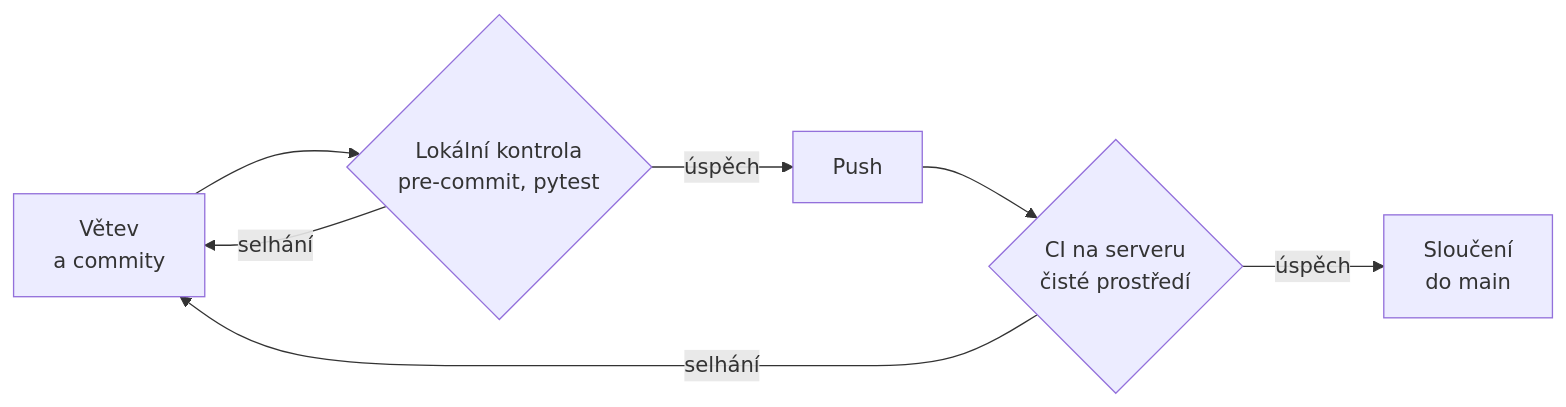
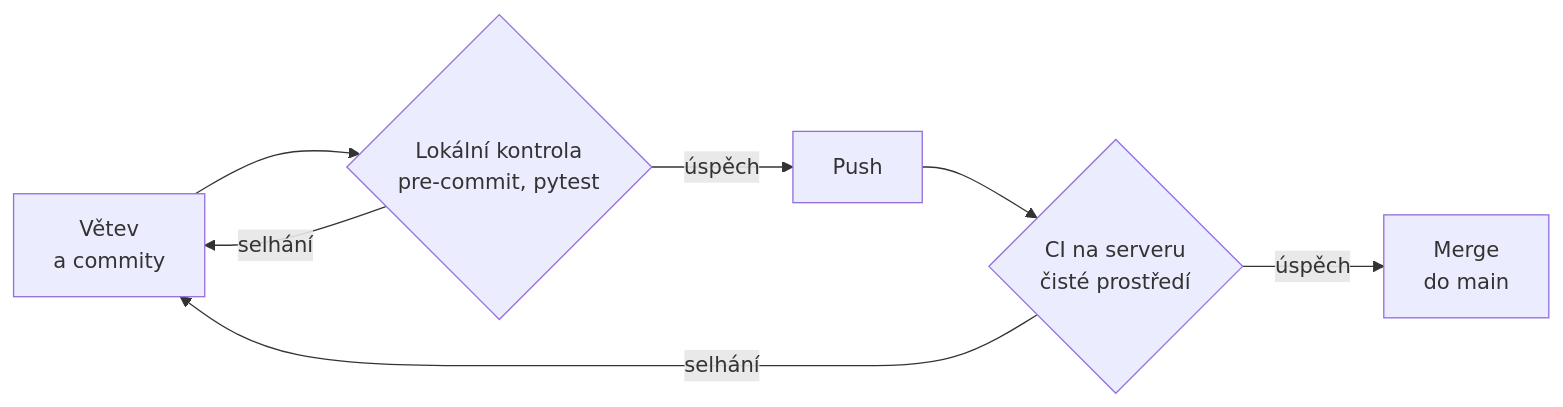
Before and after one commit to BPC-UIM/doplnkove-materialy: the second of 2 diagrams in 02-overovani-a-ladeni/kontrola-kvality.md, drawn with Mermaid. The commit also changed other lines of this file and 2 other files, not shown here.

````diff
--- a/02-overovani-a-ladeni/kontrola-kvality.md
+++ b/02-overovani-a-ladeni/kontrola-kvality.md
@@ -847,9 +847,9 @@
 ```mermaid
 flowchart LR
     V["Větev<br/>a commity"] --> K{"Lokální kontrola<br/>pre-commit, pytest"}
     K -- "selhání" --> V
     K -- "úspěch" --> P["Push"]
     P --> CI{"CI na serveru<br/>čisté prostředí"}
     CI -- "selhání" --> V
-    CI -- "úspěch" --> M["Sloučení<br/>do main"]
+    CI -- "úspěch" --> M["Merge<br/>do main"]
 ```
````
